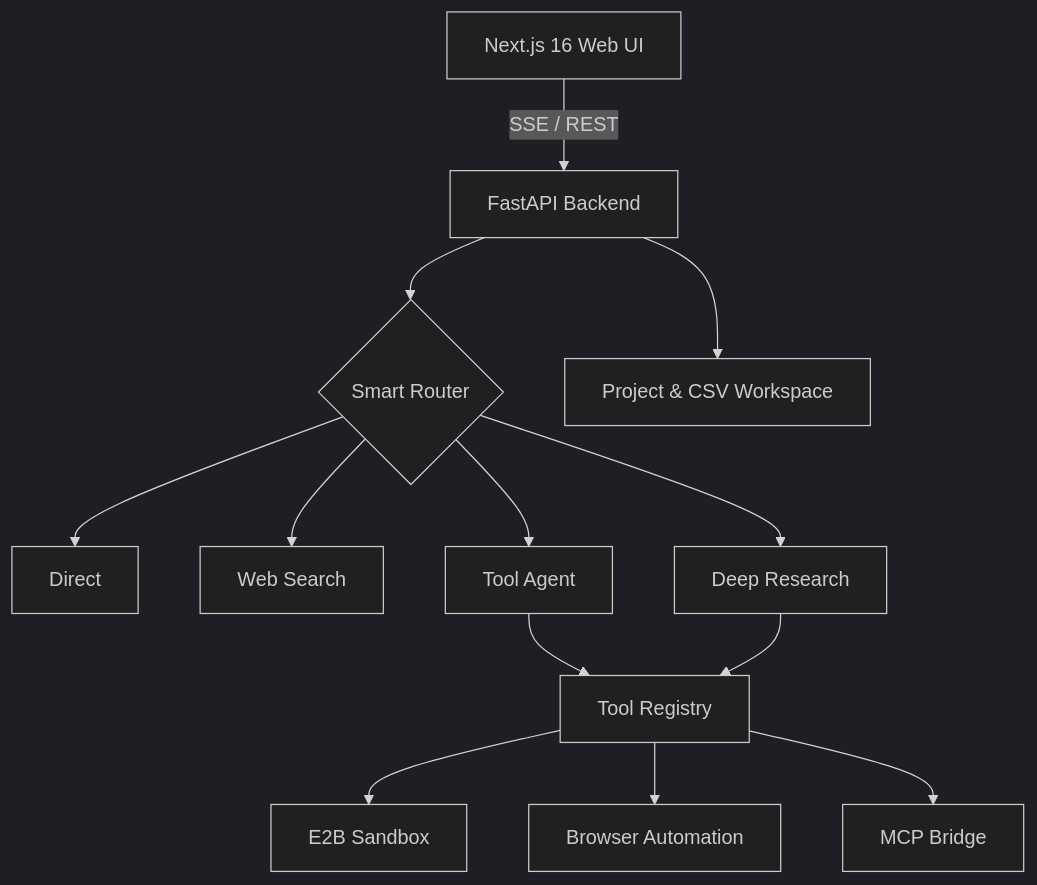
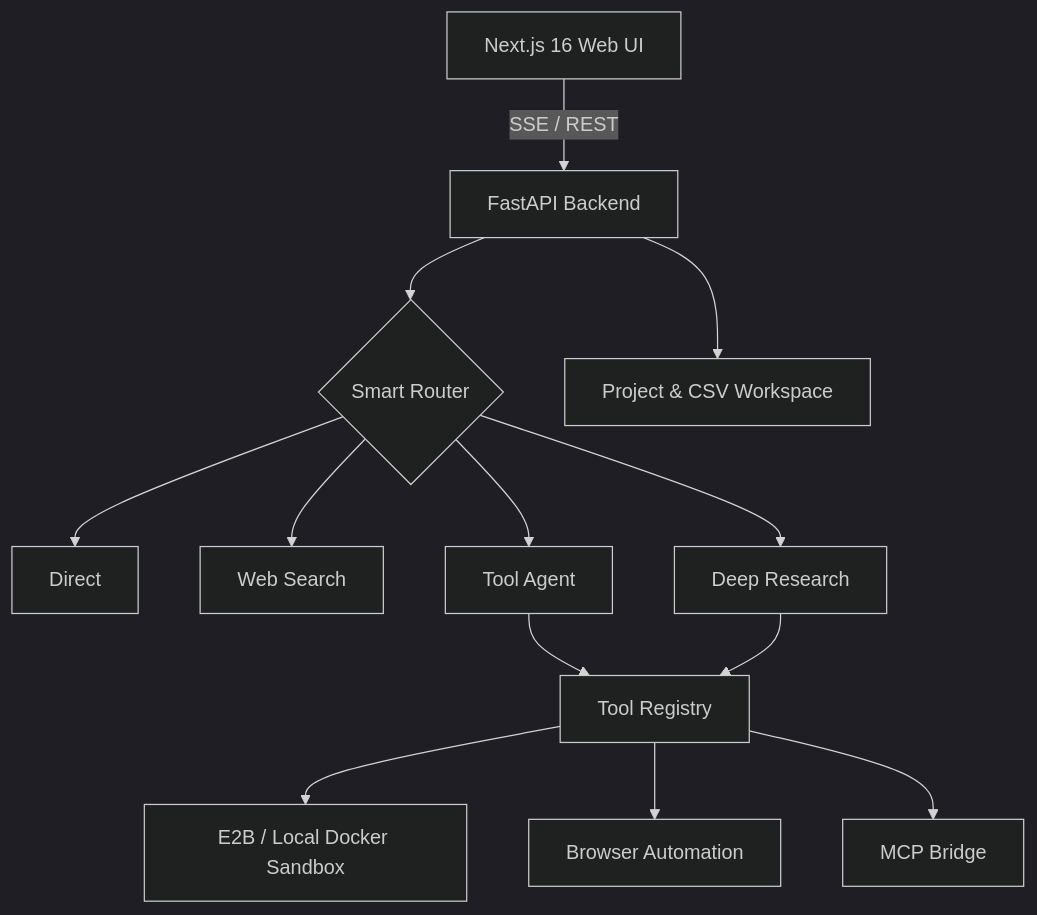
The diagram in README.md (skygazer42/Weaver), drawn with Mermaid (dark theme) before and after one commit. The commit also changed other lines of this file and 3 other files, not shown here.

Commit message:
docs: document opt-in local Docker sandbox setup in README and docs

````diff
--- a/README.md
+++ b/README.md
@@ -44,15 +44,15 @@
 ```mermaid
 graph TB
   UI[Next.js 16 Web UI] -->|SSE / REST| API[FastAPI Backend]
   API --> Router{Smart Router}
   API --> Workspace[Project & CSV Workspace]
   Router --> Direct[Direct]
   Router --> Web[Web Search]
   Router --> Agent[Tool Agent]
   Router --> Deep[Deep Research]
   Agent --> Tools[Tool Registry]
   Deep --> Tools
-  Tools --> E2B[E2B Sandbox]
+  Tools --> Sandbox[E2B / Local Docker Sandbox]
   Tools --> Browser[Browser Automation]
   Tools --> MCP[MCP Bridge]
 ```
````
